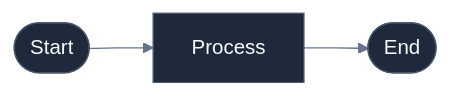
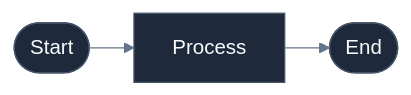
The first of 2 diagrams in skills/mermaid/references/style-guide.md (AndreaCovelli/my-skills), drawn with Mermaid before and after one commit. The commit also changed other lines of this file and 2 other files, not shown here.

First line of the commit message:
feat(mermaid): enhance diagram guidance with YAML frontmatter and layout recommendations

````diff
--- a/skills/mermaid/references/style-guide.md
+++ b/skills/mermaid/references/style-guide.md
@@ -36,18 +36,19 @@
 ```mermaid
 ---
 config:
+  layout: elk
   theme: base
   themeVariables:
     primaryColor: "#1e293b"
     primaryTextColor: "#f8fafc"
     primaryBorderColor: "#475569"
     lineColor: "#64748b"
     clusterBkg: "#f1f5f9"
     clusterBorder: "#cbd5e1"
     titleColor: "#0f172a"
     edgeLabelBackground: "#ffffff"
 ---
 flowchart LR
     START([Start]) --> STEP[Process]
     STEP --> END([End])
 ```
````
